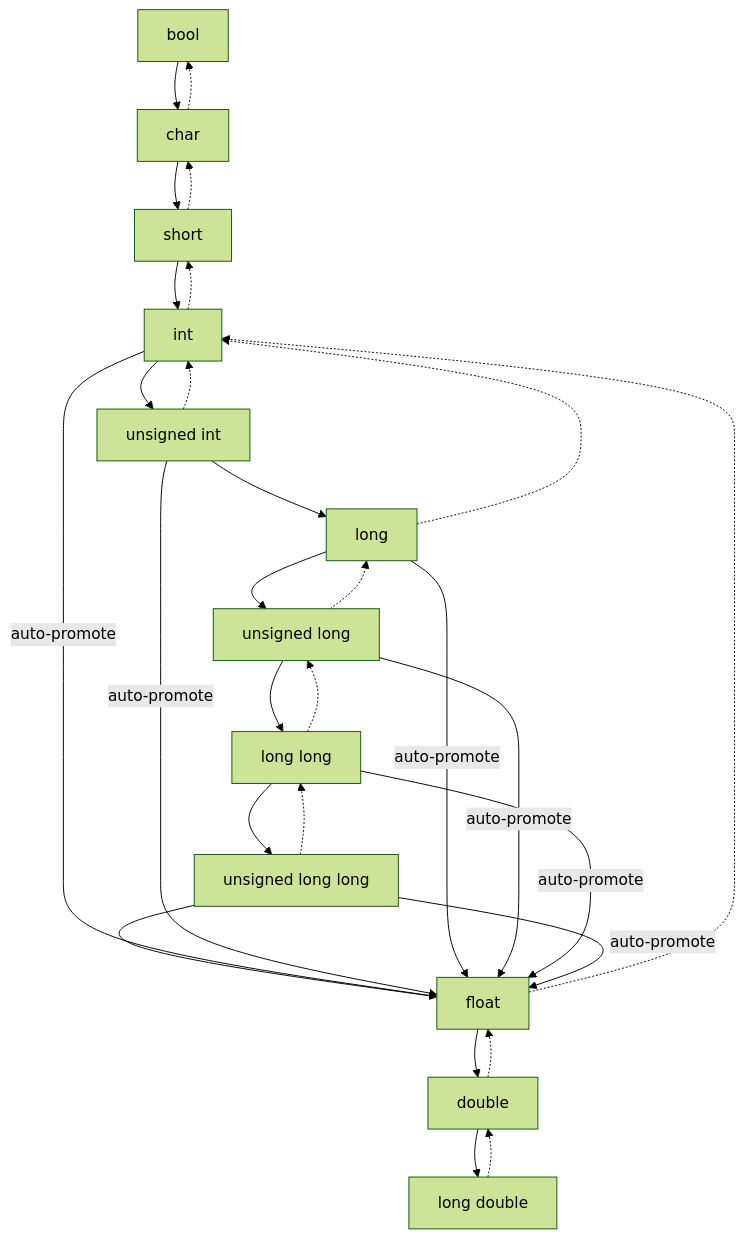
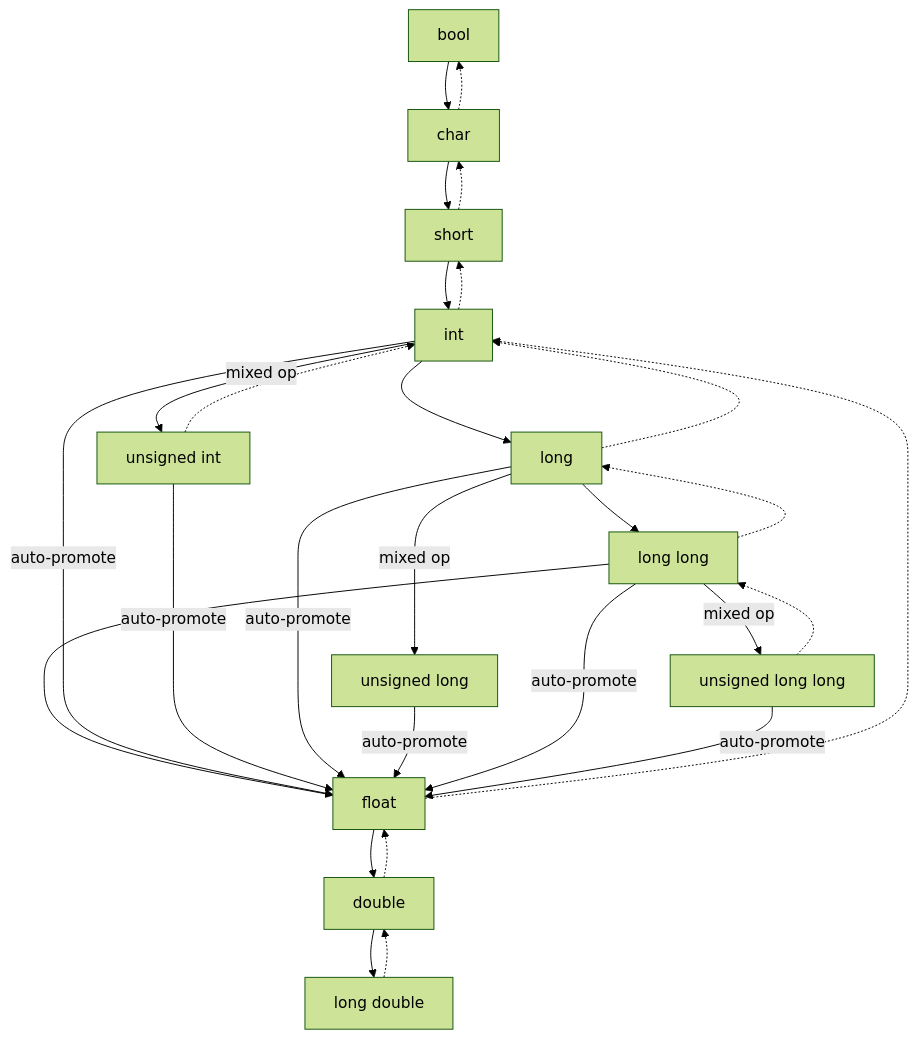
One commit to zimmerman-dev/zettel-note changed the diagram in Zettelkasten/Types Hierarchy.md. Above: the diagram before and after it, drawn with Mermaid (forest theme). The commit also changed other lines of this file and 22 other files, not shown here.

````diff
--- a/Zettelkasten/Types Hierarchy.md
+++ b/Zettelkasten/Types Hierarchy.md
@@ -6,50 +6,51 @@
 ```mermaid
 flowchart TD
     %% Nodes
     B[bool]
     C[char]
     S[short]
     I[int]
     UI[unsigned int]
     L[long]
     UL[unsigned long]
     LL[long long]
     ULL[unsigned long long]
     F[float]
     D[double]
     LD[long double]
 
-    %% Promotion chain (solid vertical arrows)
+    %% Signed Promotion chain (solid vertical arrows)
     B --> C
     C --> S
     S --> I
-    I --> UI
-    UI --> L
-    L --> UL
-    UL --> LL
-    LL --> ULL
-    ULL --> F
+    I --> L
+    L --> LL
+    LL --> F
     F --> D
     D --> LD
 
-    %% Integer -> Float auto promotions (angled solid arrows)
+    %% Unsigned types – no auto-promotion from signed
+    I -->|mixed op| UI
+    L -->|mixed op| UL
+    LL -->|mixed op| ULL
+
+    %% Integer → Float auto promotions (angled solid arrows)
     I -->|auto-promote| F
     UI -->|auto-promote| F
     L -->|auto-promote| F
     UL -->|auto-promote| F
     LL -->|auto-promote| F
     ULL -->|auto-promote| F
 
     %% Demotion paths (dotted upward arrows)
     LD -.-> D
-    D -.-> F
-    F -.-> I
+    D  -.-> F
+    F  -.-> I
     ULL -.-> LL
-    LL -.-> UL
-    UL -.-> L
-    L -.-> I
+    LL -.-> L
+    L  -.-> I
     UI -.-> I
-    I -.-> S
-    S -.-> C
-    C -.-> B
+    I  -.-> S
+    S  -.-> C
+    C  -.-> B
 ```
````
